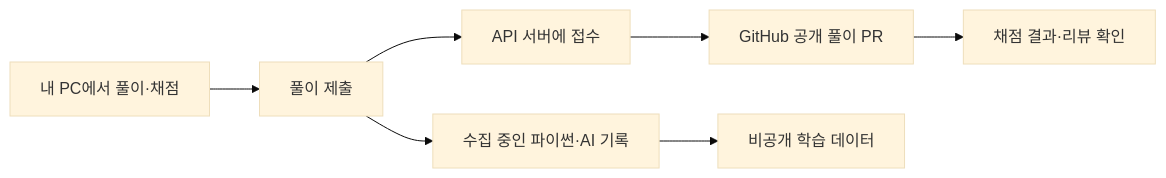
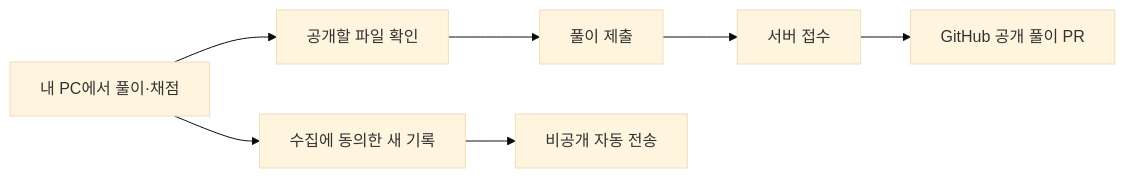
Before and after one commit to WaterMinCho/programming-study: the diagram in docs/API_SUBMISSIONS.md, drawn with Mermaid (base theme). The commit also changed other lines of this file and 45 other files, not shown here.

````diff
--- a/docs/API_SUBMISSIONS.md
+++ b/docs/API_SUBMISSIONS.md
@@ -7,9 +9,9 @@
 ```mermaid
 flowchart LR
-    A[내 PC에서 풀이·채점] --> B[풀이 제출]
-    B --> C[API 서버에 접수]
-    C --> D[GitHub 공개 풀이 PR]
-    D --> E[채점 결과·리뷰 확인]
-    B --> F[수집 중인 파이썬·AI 기록]
-    F --> G[비공개 학습 데이터]
+    A[내 PC에서 풀이·채점] --> B[공개할 파일 확인]
+    B --> C[풀이 제출]
+    C --> D[서버 접수]
+    D --> E[GitHub 공개 풀이 PR]
+    A --> F[수집에 동의한 새 기록]
+    F --> G[비공개 자동 전송]
 ```
````
